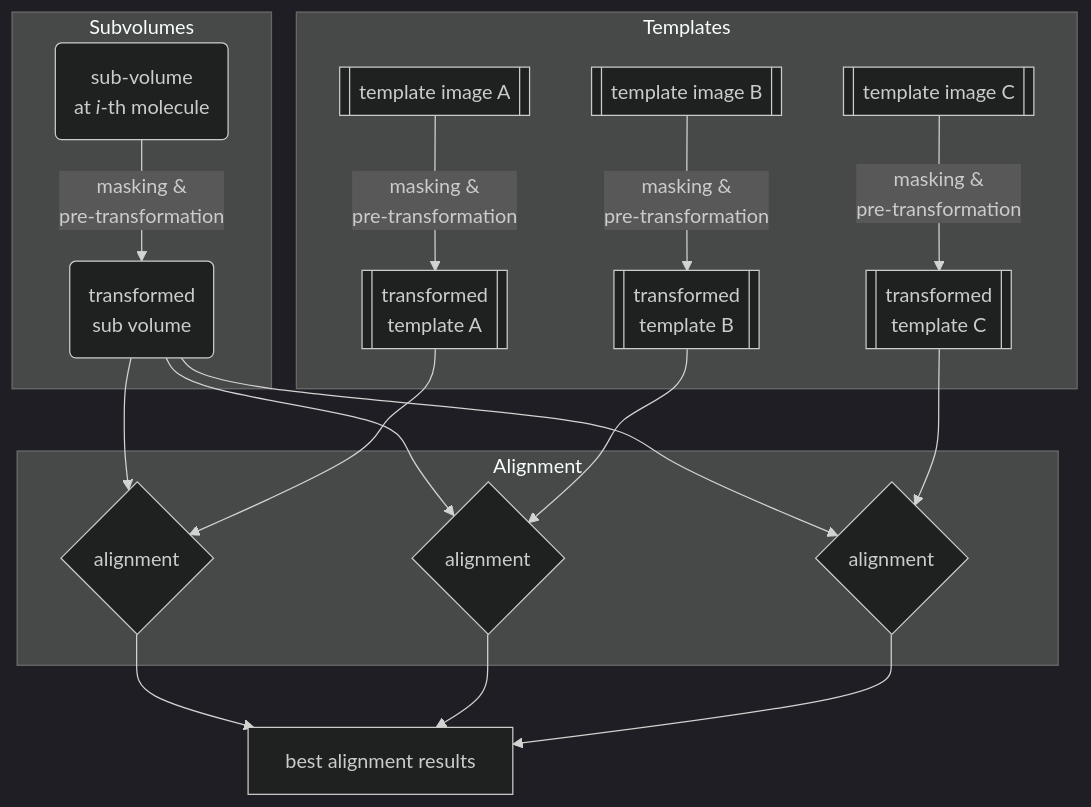
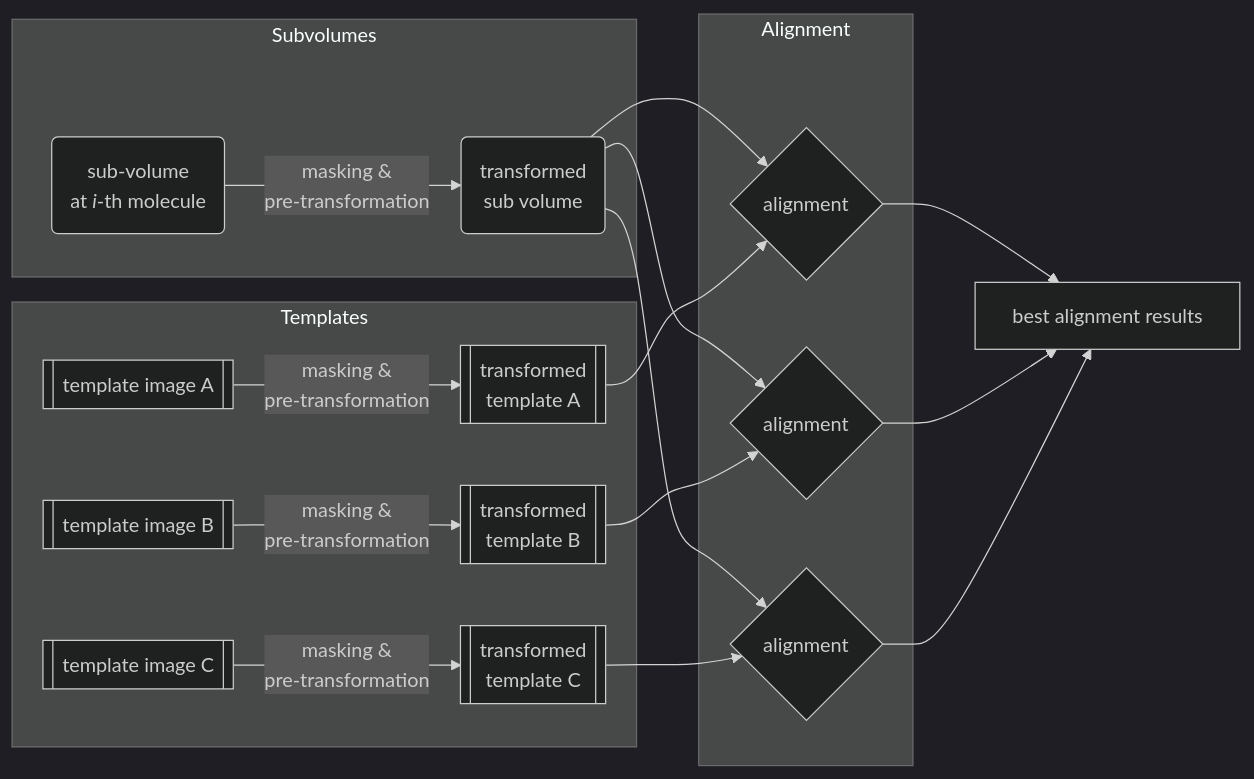
One commit to hanjinliu/acryo changed the second of 3 diagrams in rst/main/alignment.rst. Above: the diagram before and after it, drawn with Mermaid (dark theme). The commit also changed other lines of this file and 4 other files, not shown here.

```diff
--- a/rst/main/alignment.rst
+++ b/rst/main/alignment.rst
@@ -21,40 +44,40 @@
 .. mermaid::
 
-    graph TD
+    graph LR
 
         subgraph Subvolumes
             vol(sub-volume\nat <i>i</i>-th molecule)
             vol_t(transformed\nsub volume)
             vol--masking &<br>pre-transformation-->vol_t
         end
 
         subgraph Templates
             tmp0[[template image A]]
             tmp1[[template image B]]
             tmp2[[template image C]]
             tmp0_t[[transformed\ntemplate A]]
             tmp1_t[[transformed\ntemplate B]]
             tmp2_t[[transformed\ntemplate C]]
             tmp0--masking &<br>pre-transformation-->tmp0_t
             tmp1--masking &<br>pre-transformation-->tmp1_t
             tmp2--masking &<br>pre-transformation-->tmp2_t
         end
 
         subgraph Alignment
             aln0{alignment}
             aln1{alignment}
             aln2{alignment}
         end
         result[best alignment results]
 
         vol_t-->aln0
         vol_t-->aln1
         vol_t-->aln2
 
         tmp0_t-->aln0
         tmp1_t-->aln1
         tmp2_t-->aln2
 
         aln0-->result
         aln1-->result
         aln2-->result
```
